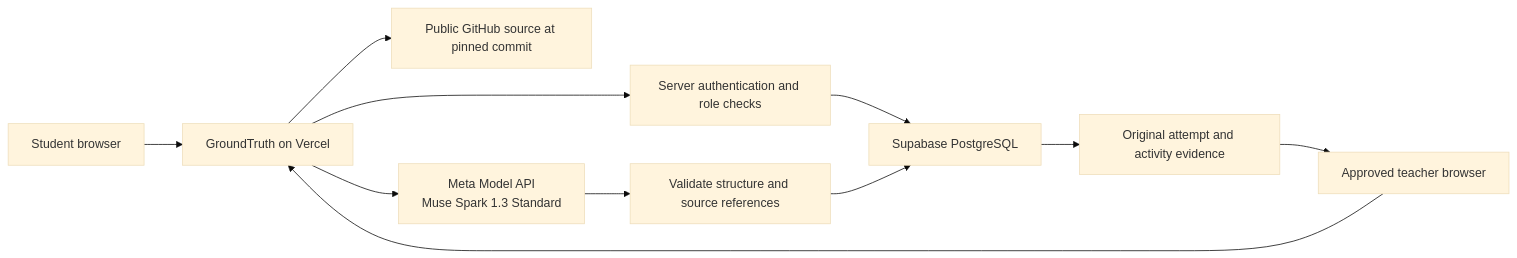
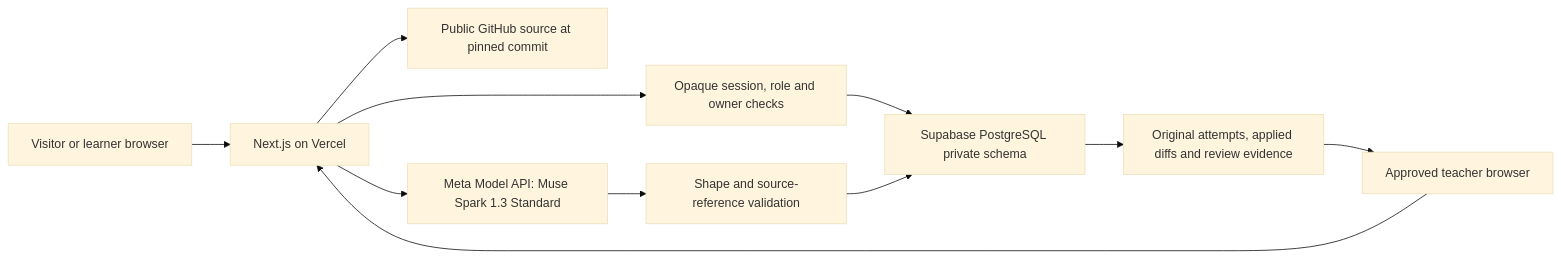
Before and after one commit to KIREETI001/Ground-Truth: the diagram in submission/architecture-and-attribution.md, drawn with Mermaid (base theme). The commit also changed other lines of this file and 106 other files, not shown here.

````diff
--- a/submission/architecture-and-attribution.md
+++ b/submission/architecture-and-attribution.md
@@ -7,13 +7,13 @@
 ```mermaid
 flowchart LR
-  L[Student browser] --> W[GroundTruth on Vercel]
-  T[Approved teacher browser] --> W
-  W --> A[Server authentication and role checks]
-  A --> S[Supabase PostgreSQL]
-  W --> G[Public GitHub source at pinned commit]
-  W --> M[Meta Model API\nMuse Spark 1.3 Standard]
-  M --> V[Validate structure and source references]
-  V --> S
-  S --> E[Original attempt and activity evidence]
+  V[Visitor or learner browser] --> N[Next.js on Vercel]
+  T[Approved teacher browser] --> N
+  N --> A[Opaque session, role and owner checks]
+  A --> D[Supabase PostgreSQL private schema]
+  N --> G[Public GitHub source at pinned commit]
+  N --> M[Meta Model API: Muse Spark 1.3 Standard]
+  M --> C[Shape and source-reference validation]
+  C --> D
+  D --> E[Original attempts, applied diffs and review evidence]
   E --> T
 ```
````
